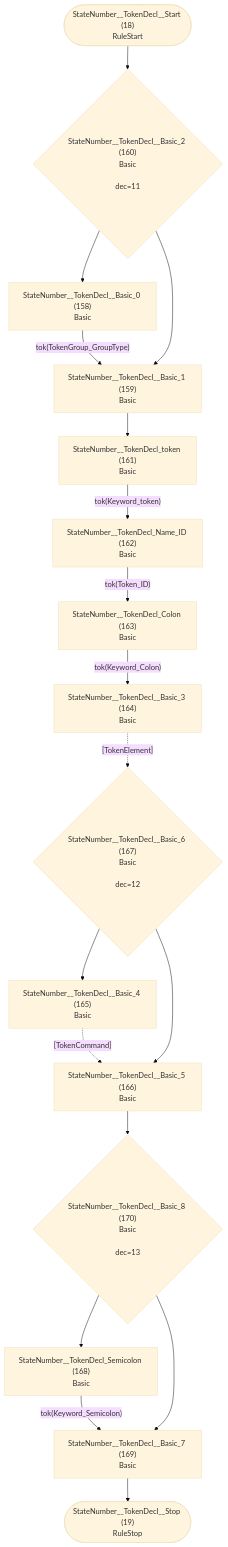
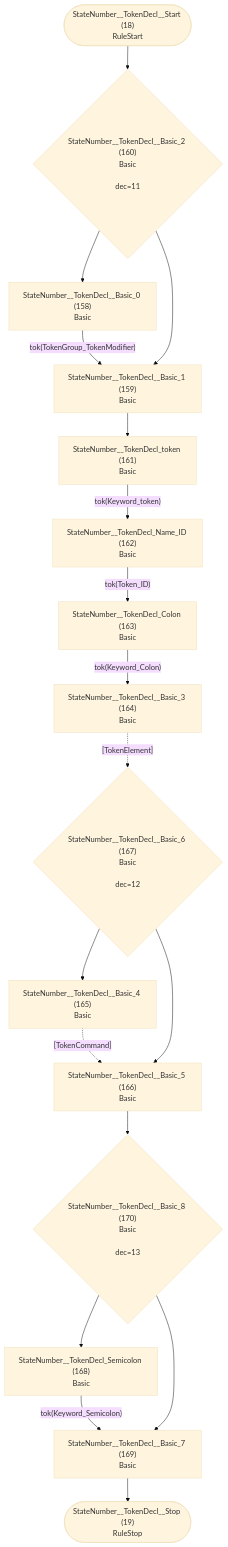
The tenth of 37 diagrams in internal/grammar/atn.md (TypeFox/fastbelt), drawn with Mermaid (base theme) before and after one commit. The commit also changed other lines of this file and 8 other files, not shown here.

Commit message:
Rename GroupType to TokenModifier

````diff
--- a/internal/grammar/atn.md
+++ b/internal/grammar/atn.md
@@ -281,36 +281,36 @@
 ```mermaid
 flowchart TD
     q18(["StateNumber__TokenDecl__Start (18)<br/>RuleStart"])
     q19(["StateNumber__TokenDecl__Stop (19)<br/>RuleStop"])
     q158["StateNumber__TokenDecl__Basic_0 (158)<br/>Basic<br/>"]
     q159["StateNumber__TokenDecl__Basic_1 (159)<br/>Basic<br/>"]
     q160{"StateNumber__TokenDecl__Basic_2 (160)<br/>Basic<br/><br/>dec=11"}
     q161["StateNumber__TokenDecl_token (161)<br/>Basic<br/>"]
     q162["StateNumber__TokenDecl_Name_ID (162)<br/>Basic<br/>"]
     q163["StateNumber__TokenDecl_Colon (163)<br/>Basic<br/>"]
     q164["StateNumber__TokenDecl__Basic_3 (164)<br/>Basic<br/>"]
     q165["StateNumber__TokenDecl__Basic_4 (165)<br/>Basic<br/>"]
     q166["StateNumber__TokenDecl__Basic_5 (166)<br/>Basic<br/>"]
     q167{"StateNumber__TokenDecl__Basic_6 (167)<br/>Basic<br/><br/>dec=12"}
     q168["StateNumber__TokenDecl_Semicolon (168)<br/>Basic<br/>"]
     q169["StateNumber__TokenDecl__Basic_7 (169)<br/>Basic<br/>"]
     q170{"StateNumber__TokenDecl__Basic_8 (170)<br/>Basic<br/><br/>dec=13"}
 
     q18 --> q160
-    q158 -->|"tok(TokenGroup_GroupType)"| q159
+    q158 -->|"tok(TokenGroup_TokenModifier)"| q159
     q159 --> q161
     q160 --> q158
     q160 --> q159
     q161 -->|"tok(Keyword_token)"| q162
     q162 -->|"tok(Token_ID)"| q163
     q163 -->|"tok(Keyword_Colon)"| q164
     q164 -.->|"[TokenElement]"| q167
     q165 -.->|"[TokenCommand]"| q166
     q166 --> q170
     q167 --> q165
     q167 --> q166
     q168 -->|"tok(Keyword_Semicolon)"| q169
     q169 --> q19
     q170 --> q168
     q170 --> q169
 ```
````
